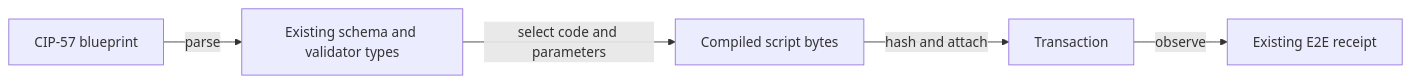
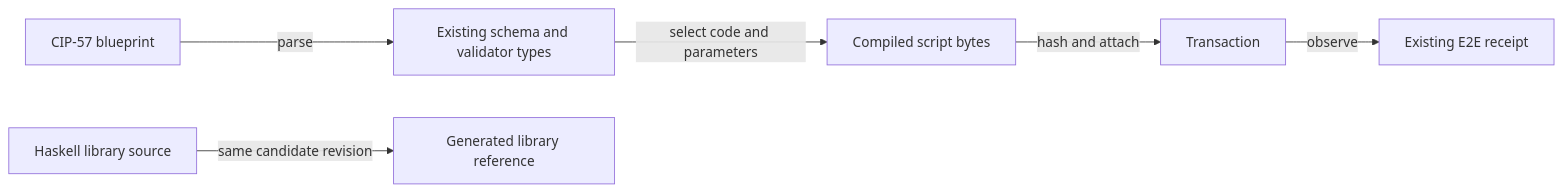
Before and after one commit to lambdasistemi/singular: the diagram in specs/265-builder-blueprint-structure/data-model.md, drawn with Mermaid. The commit also changed other lines of this file and 9 other files, not shown here.

First line of the commit message:
docs: bind generated API reference scope

````diff
--- a/specs/265-builder-blueprint-structure/data-model.md
+++ b/specs/265-builder-blueprint-structure/data-model.md
@@ -6,7 +6,8 @@
 ```mermaid
 flowchart LR
     JSON[CIP-57 blueprint] -->|parse| Types[Existing schema and validator types]
     Types -->|select code and parameters| Script[Compiled script bytes]
     Script -->|hash and attach| Tx[Transaction]
     Tx -->|observe| Receipt[Existing E2E receipt]
+    Source[Haskell library source] -->|same candidate revision| API[Generated library reference]
 ```
````
